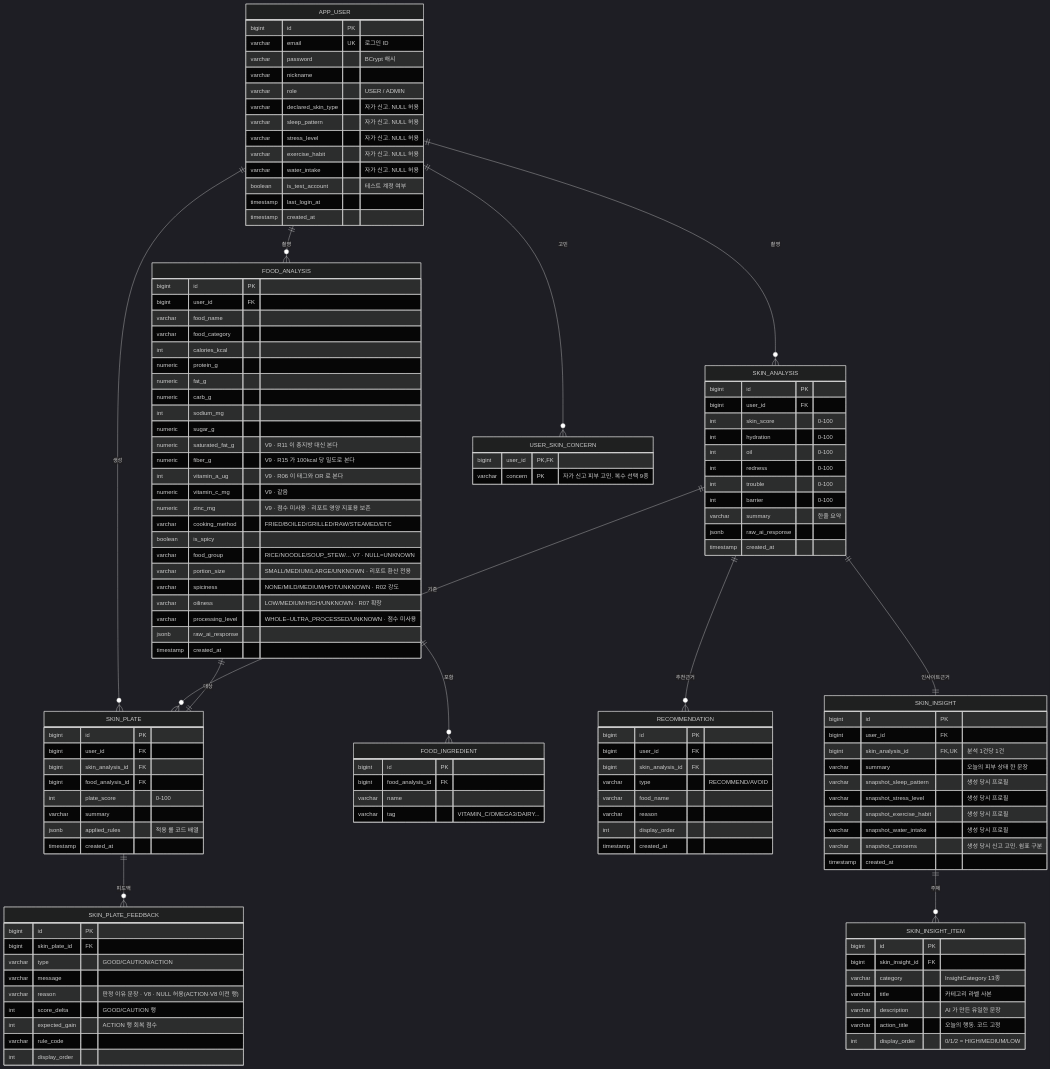
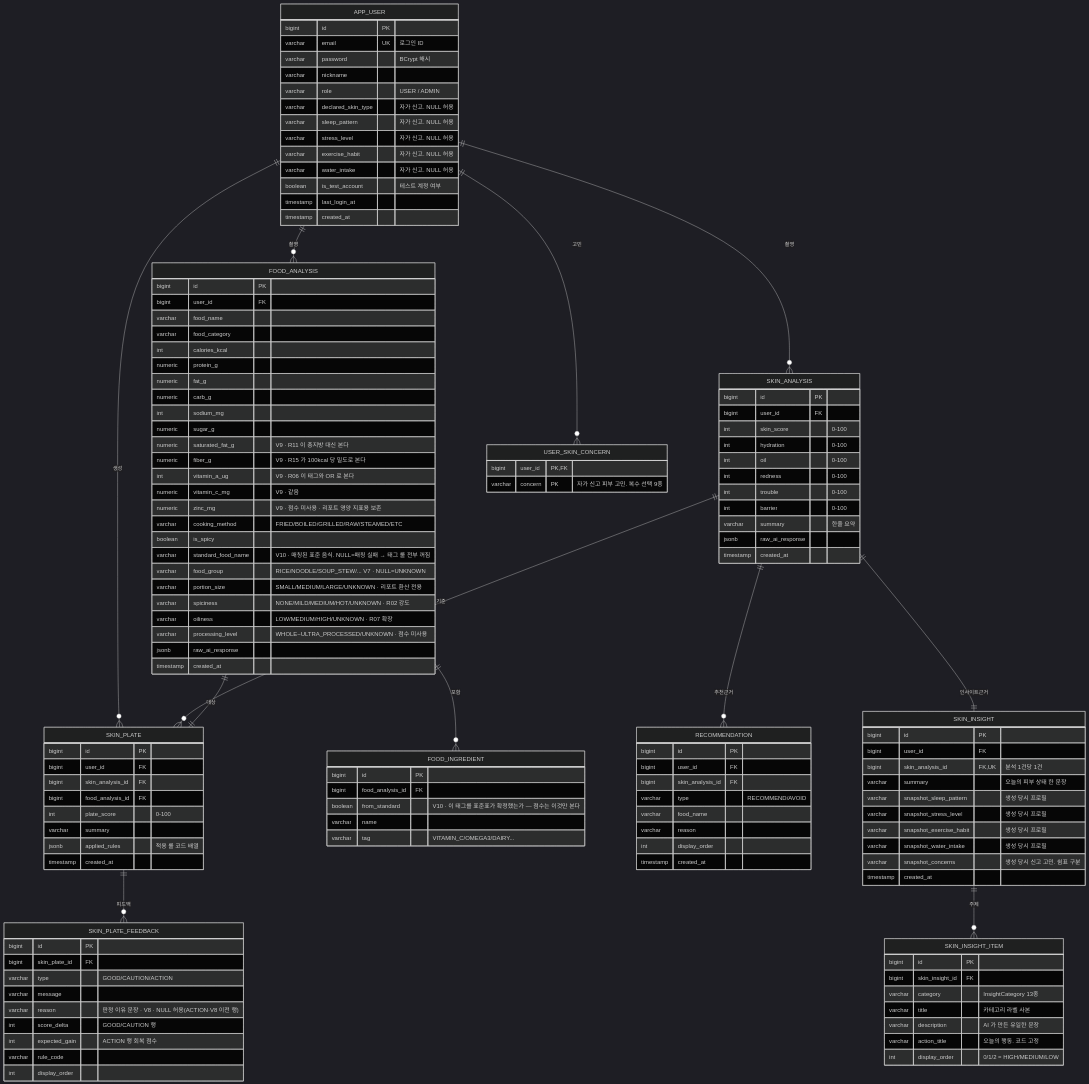
One commit to LikeLion-DU/Skinpick-backend changed the fourth of 8 diagrams in SkinPlate_PRD.md. Above: the diagram before and after it, drawn with Mermaid (dark theme). The commit also changed other lines of this file and 12 other files, not shown here.

```diff
--- a/SkinPlate_PRD.md
+++ b/SkinPlate_PRD.md
@@ -1525,6 +1525,7 @@
         numeric zinc_mg "V9 · 점수 미사용 · 리포트 영양 지표용 보존"
         varchar cooking_method "FRIED/BOILED/GRILLED/RAW/STEAMED/ETC"
         boolean is_spicy
+        varchar standard_food_name "V10 · 매칭된 표준 음식. NULL=매칭 실패 → 태그 룰 전부 꺼짐"
         varchar food_group "RICE/NOODLE/SOUP_STEW/... V7 · NULL=UNKNOWN"
         varchar portion_size "SMALL/MEDIUM/LARGE/UNKNOWN · 리포트 환산 전용"
         varchar spiciness "NONE/MILD/MEDIUM/HOT/UNKNOWN · R02 강도"
@@ -1537,6 +1538,7 @@
     FOOD_INGREDIENT {
         bigint id PK
         bigint food_analysis_id FK
+        boolean from_standard "V10 · 이 태그를 표준표가 확정했는가 — 점수는 이것만 본다"
         varchar name
         varchar tag "VITAMIN_C/OMEGA3/DAIRY..."
     }
```
